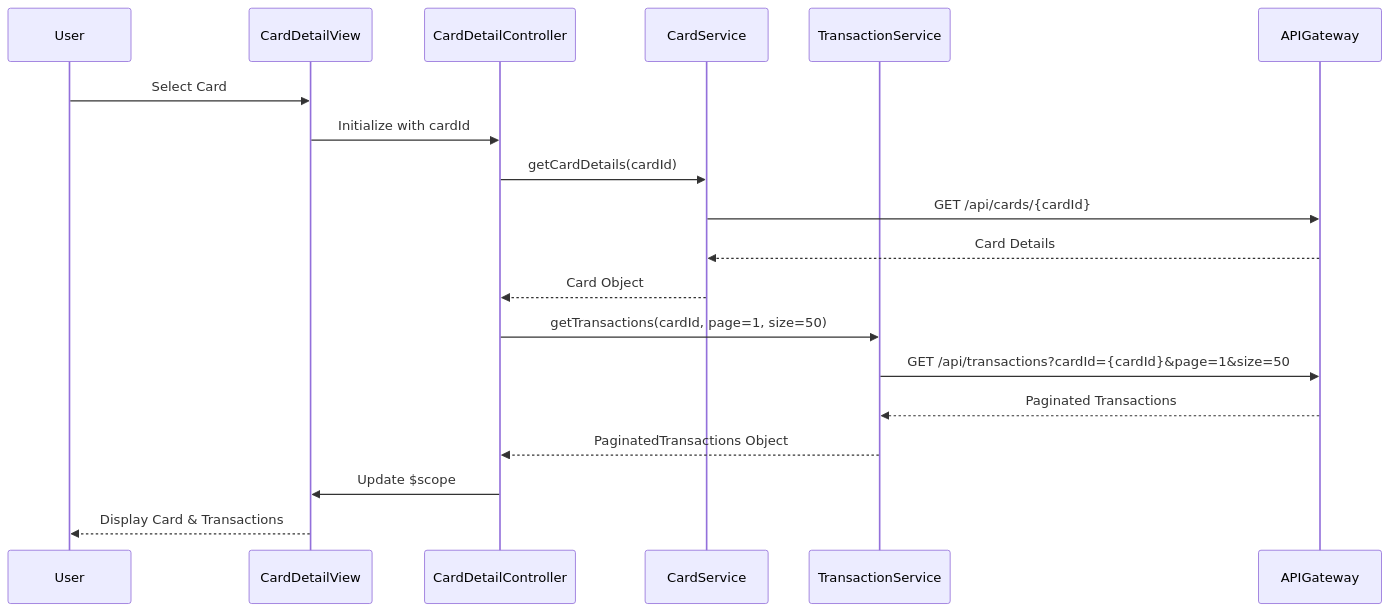
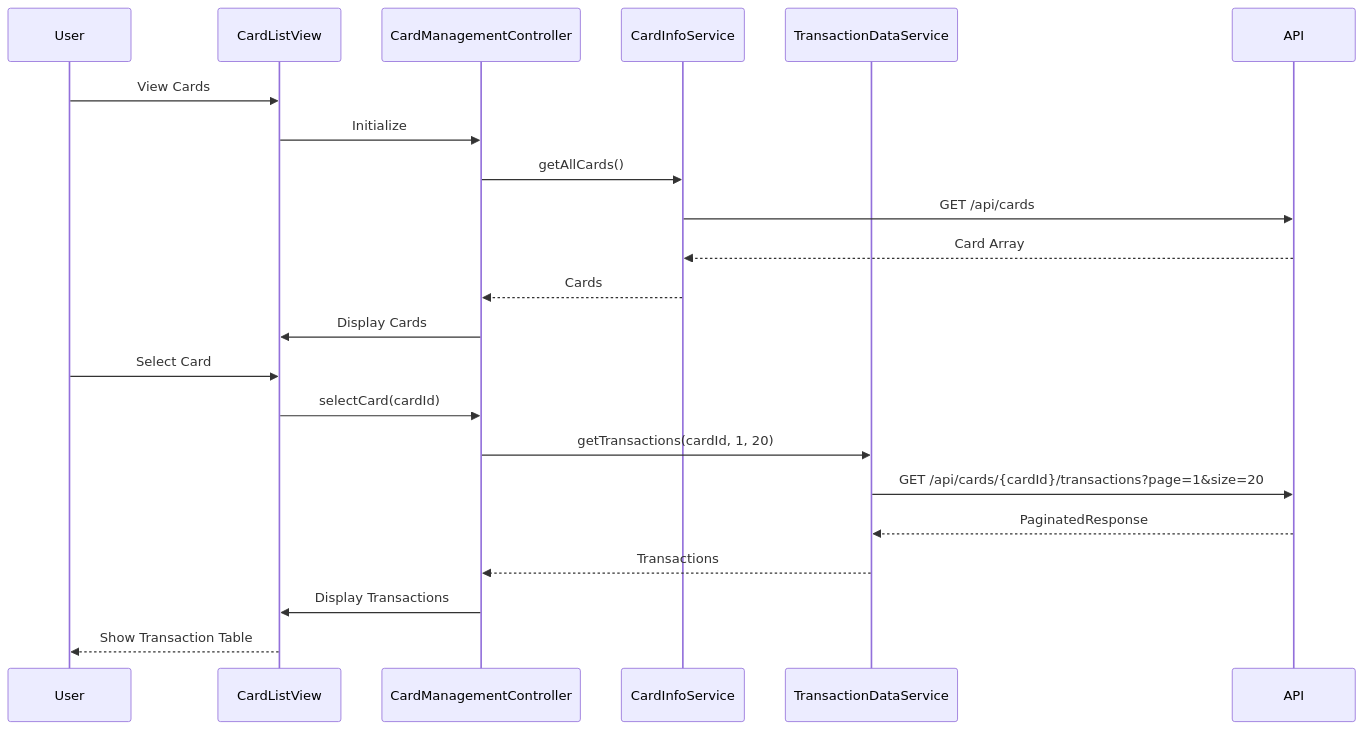
Before and after one commit to AAVA-Demo/APB_Demo: the diagram in LLD/QE-8613_LLD.md, drawn with Mermaid. The commit also changed other lines of this file and 5 other files, not shown here.

````diff
--- a/LLD/QE-8613_LLD.md
+++ b/LLD/QE-8613_LLD.md
@@ -90,22 +99,25 @@
 ```mermaid
 sequenceDiagram
     participant User
-    participant CardDetailView
-    participant CardDetailController
-    participant CardService
-    participant TransactionService
-    participant APIGateway
-    
-    User->>CardDetailView: Select Card
-    CardDetailView->>CardDetailController: Initialize with cardId
-    CardDetailController->>CardService: getCardDetails(cardId)
-    CardService->>APIGateway: GET /api/cards/{cardId}
-    APIGateway-->>CardService: Card Details
-    CardService-->>CardDetailController: Card Object
-    CardDetailController->>TransactionService: getTransactions(cardId, page=1, size=50)
-    TransactionService->>APIGateway: GET /api/transactions?cardId={cardId}&page=1&size=50
-    APIGateway-->>TransactionService: Paginated Transactions
-    TransactionService-->>CardDetailController: PaginatedTransactions Object
-    CardDetailController->>CardDetailView: Update $scope
-    CardDetailView-->>User: Display Card & Transactions
+    participant CardListView
+    participant CardManagementController
+    participant CardInfoService
+    participant TransactionDataService
+    participant API
+
+    User->>CardListView: View Cards
+    CardListView->>CardManagementController: Initialize
+    CardManagementController->>CardInfoService: getAllCards()
+    CardInfoService->>API: GET /api/cards
+    API-->>CardInfoService: Card Array
+    CardInfoService-->>CardManagementController: Cards
+    CardManagementController->>CardListView: Display Cards
+    User->>CardListView: Select Card
+    CardListView->>CardManagementController: selectCard(cardId)
+    CardManagementController->>TransactionDataService: getTransactions(cardId, 1, 20)
+    TransactionDataService->>API: GET /api/cards/{cardId}/transactions?page=1&size=20
+    API-->>TransactionDataService: PaginatedResponse
+    TransactionDataService-->>CardManagementController: Transactions
+    CardManagementController->>CardListView: Display Transactions
+    CardListView-->>User: Show Transaction Table
 ```
````
